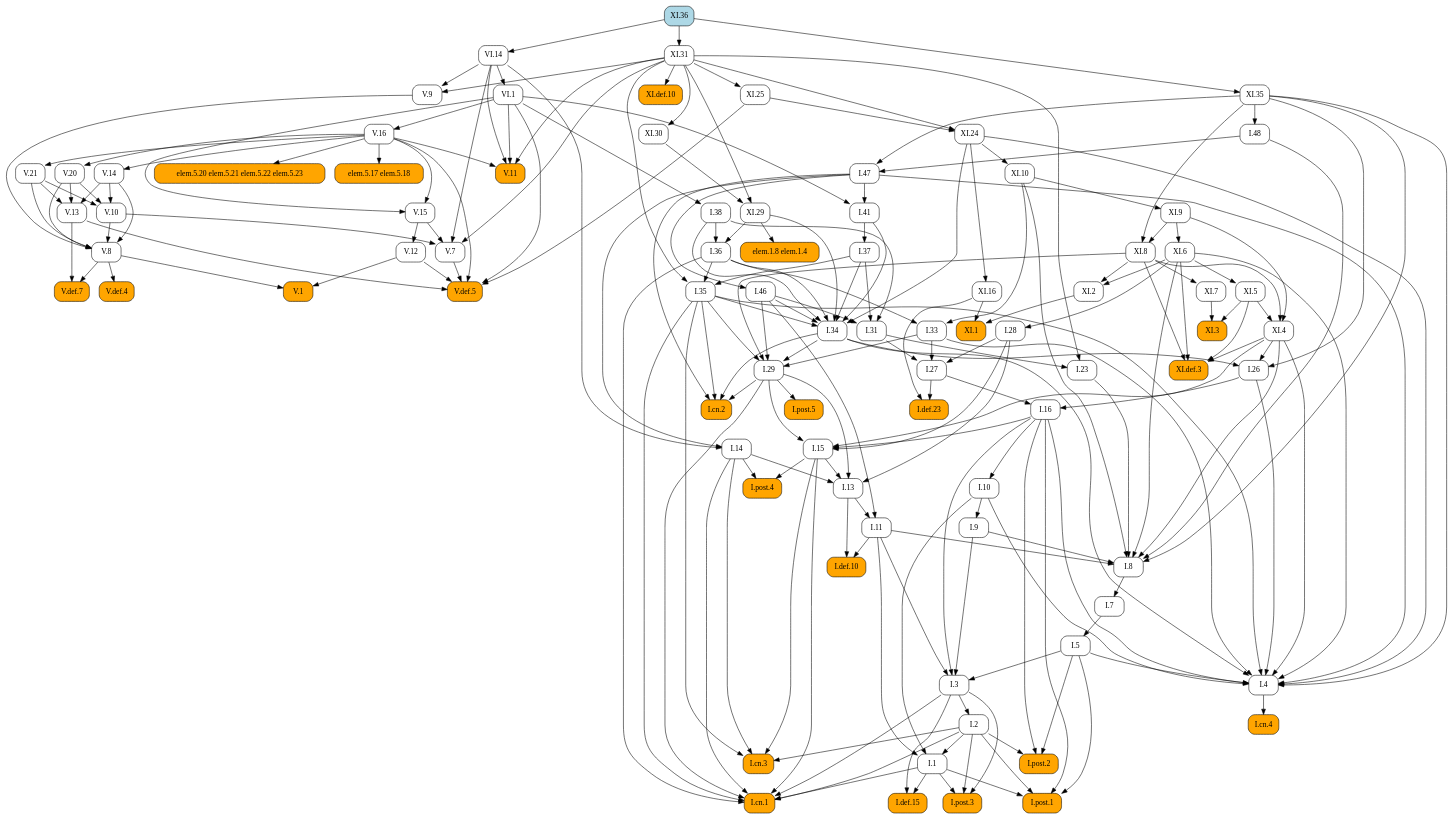
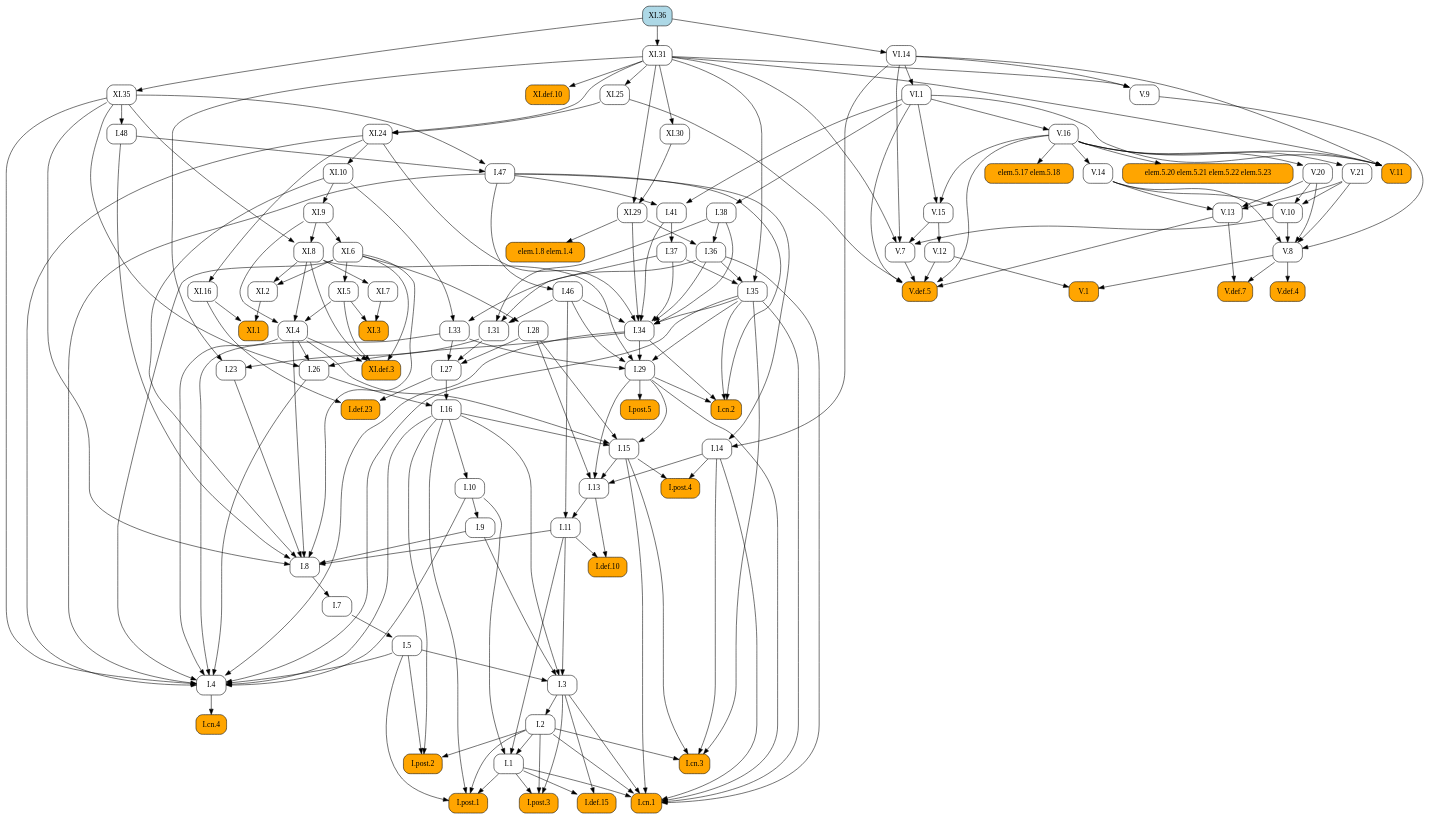
One commit to geometor/elements changed the diagram in docsrc/heath/XI/36/index.rst. Above: the diagram before and after it, drawn with Graphviz. The commit also changed other lines of this file and 1029 other files, not shown here.

```diff
--- a/docsrc/heath/XI/36/index.rst
+++ b/docsrc/heath/XI/36/index.rst
@@ -39,103 +39,146 @@
    digraph {
      rankdir="TB";
      node [shape=box, style=rounded];
+     "I.def.10" [style="rounded,filled", fillcolor=orange, URL="/heath/I/def.10/", target="_top"];
+     "I.11" [URL="/heath/I/11/", target="_top"];
+     "I.post.4" [style="rounded,filled", fillcolor=orange, URL="/heath/I/post.4/", target="_top"];
+     "I.1" [URL="/heath/I/1/", target="_top"];
+     "I.28" [URL="/heath/I/28/", target="_top"];
+     "XI.7" [URL="/heath/XI/7/", target="_top"];
+     "V.def.5" [style="rounded,filled", fillcolor=orange, URL="/heath/V/def.5/", target="_top"];
+     "XI.9" [URL="/heath/XI/9/", target="_top"];
+     "XI.8" [URL="/heath/XI/8/", target="_top"];
+     "V.11" [style="rounded,filled", fillcolor=orange, URL="/heath/V/11/", target="_top"];
+     "V.13" [URL="/heath/V/13/", target="_top"];
+     "I.47" [URL="/heath/I/47/", target="_top"];
+     "I.post.3" [style="rounded,filled", fillcolor=orange, URL="/heath/I/post.3/", target="_top"];
+     "VI.1" [URL="/heath/VI/1/", target="_top"];
+     "XI.1" [style="rounded,filled", fillcolor=orange, URL="/heath/XI/1/", target="_top"];
+     "I.cn.3" [style="rounded,filled", fillcolor=orange, URL="/heath/I/cn.3/", target="_top"];
+     "XI.25" [URL="/heath/XI/25/", target="_top"];
+     "I.14" [URL="/heath/I/14/", target="_top"];
+     "V.16" [URL="/heath/V/16/", target="_top"];
+     "XI.2" [URL="/heath/XI/2/", target="_top"];
+     "XI.16" [URL="/heath/XI/16/", target="_top"];
+     "XI.31" [URL="/heath/XI/31/", target="_top"];
+     "I.36" [URL="/heath/I/36/", target="_top"];
+     "V.8" [URL="/heath/V/8/", target="_top"];
+     "I.41" [URL="/heath/I/41/", target="_top"];
+     "I.37" [URL="/heath/I/37/", target="_top"];
+     "I.34" [URL="/heath/I/34/", target="_top"];
+     "I.27" [URL="/heath/I/27/", target="_top"];
+     "I.2" [URL="/heath/I/2/", target="_top"];
+     "I.def.23" [style="rounded,filled", fillcolor=orange, URL="/heath/I/def.23/", target="_top"];
+     "elem.1.8 elem.1.4" [style="rounded,filled", fillcolor=orange];
+     "I.33" [URL="/heath/I/33/", target="_top"];
+     "XI.35" [URL="/heath/XI/35/", target="_top"];
+     "I.post.2" [style="rounded,filled", fillcolor=orange, URL="/heath/I/post.2/", target="_top"];
+     "I.48" [URL="/heath/I/48/", target="_top"];
+     "elem.5.20 elem.5.21 elem.5.22 elem.5.23" [style="rounded,filled", fillcolor=orange];
+     "I.9" [URL="/heath/I/9/", target="_top"];
+     "V.def.4" [style="rounded,filled", fillcolor=orange, URL="/heath/V/def.4/", target="_top"];
+     "I.cn.4" [style="rounded,filled", fillcolor=orange, URL="/heath/I/cn.4/", target="_top"];
+     "I.15" [URL="/heath/I/15/", target="_top"];
+     "I.38" [URL="/heath/I/38/", target="_top"];
+     "V.def.7" [style="rounded,filled", fillcolor=orange, URL="/heath/V/def.7/", target="_top"];
+     "I.5" [URL="/heath/I/5/", target="_top"];
+     "V.21" [URL="/heath/V/21/", target="_top"];
+     "XI.def.3" [style="rounded,filled", fillcolor=orange, URL="/heath/XI/def.3/", target="_top"];
+     "I.26" [URL="/heath/I/26/", target="_top"];
+     "V.14" [URL="/heath/V/14/", target="_top"];
+     "I.29" [URL="/heath/I/29/", target="_top"];
+     "V.12" [URL="/heath/V/12/", target="_top"];
+     "I.cn.2" [style="rounded,filled", fillcolor=orange, URL="/heath/I/cn.2/", target="_top"];
+     "V.20" [URL="/heath/V/20/", target="_top"];
+     "V.10" [URL="/heath/V/10/", target="_top"];
+     "XI.30" [URL="/heath/XI/30/", target="_top"];
+     "I.def.15" [style="rounded,filled", fillcolor=orange, URL="/heath/I/def.15/", target="_top"];
+     "V.15" [URL="/heath/V/15/", target="_top"];
+     "XI.5" [URL="/heath/XI/5/", target="_top"];
+     "I.cn.1" [style="rounded,filled", fillcolor=orange, URL="/heath/I/cn.1/", target="_top"];
+     "V.7" [URL="/heath/V/7/", target="_top"];
+     "XI.29" [URL="/heath/XI/29/", target="_top"];
+     "V.9" [URL="/heath/V/9/", target="_top"];
+     "I.23" [URL="/heath/I/23/", target="_top"];
+     "I.post.1" [style="rounded,filled", fillcolor=orange, URL="/heath/I/post.1/", target="_top"];
+     "XI.36" [style="rounded,filled", fillcolor=lightblue, URL="/heath/XI/36/", target="_top"];
+     "XI.6" [URL="/heath/XI/6/", target="_top"];
+     "I.35" [URL="/heath/I/35/", target="_top"];
+     "I.46" [URL="/heath/I/46/", target="_top"];
+     "I.7" [URL="/heath/I/7/", target="_top"];
+     "I.3" [URL="/heath/I/3/", target="_top"];
+     "I.4" [URL="/heath/I/4/", target="_top"];
+     "I.13" [URL="/heath/I/13/", target="_top"];
+     "XI.def.10" [style="rounded,filled", fillcolor=orange, URL="/heath/XI/def.10/", target="_top"];
+     "I.31" [URL="/heath/I/31/", target="_top"];
      "V.1" [style="rounded,filled", fillcolor=orange, URL="/heath/V/1/", target="_top"];
-     "I.29" [URL="/heath/I/29/", target="_top"];
-     "I.7" [URL="/heath/I/7/", target="_top"];
-     "I.27" [URL="/heath/I/27/", target="_top"];
-     "I.def.23" [style="rounded,filled", fillcolor=orange, URL="/heath/I/def.23/", target="_top"];
-     "V.20" [URL="/heath/V/20/", target="_top"];
-     "I.34" [URL="/heath/I/34/", target="_top"];
+     "I.16" [URL="/heath/I/16/", target="_top"];
+     "elem.5.17 elem.5.18" [style="rounded,filled", fillcolor=orange];
      "I.8" [URL="/heath/I/8/", target="_top"];
-     "I.9" [URL="/heath/I/9/", target="_top"];
+     "VI.14" [URL="/heath/VI/14/", target="_top"];
      "XI.4" [URL="/heath/XI/4/", target="_top"];
-     "I.post.4" [style="rounded,filled", fillcolor=orange, URL="/heath/I/post.4/", target="_top"];
-     "I.2" [URL="/heath/I/2/", target="_top"];
-     "I.28" [URL="/heath/I/28/", target="_top"];
-     "XI.1" [style="rounded,filled", fillcolor=orange, URL="/heath/XI/1/", target="_top"];
-     "VI.14" [URL="/heath/VI/14/", target="_top"];
-     "I.cn.4" [style="rounded,filled", fillcolor=orange, URL="/heath/I/cn.4/", target="_top"];
-     "XI.31" [URL="/heath/XI/31/", target="_top"];
-     "XI.25" [URL="/heath/XI/25/", target="_top"];
-     "elem.5.20 elem.5.21 elem.5.22 elem.5.23" [style="rounded,filled", fillcolor=orange];
-     "I.23" [URL="/heath/I/23/", target="_top"];
-     "I.13" [URL="/heath/I/13/", target="_top"];
-     "I.5" [URL="/heath/I/5/", target="_top"];
-     "I.11" [URL="/heath/I/11/", target="_top"];
-     "XI.def.10" [style="rounded,filled", fillcolor=orange, URL="/heath/XI/def.10/", target="_top"];
-     "XI.5" [URL="/heath/XI/5/", target="_top"];
-     "I.4" [URL="/heath/I/4/", target="_top"];
-     "I.def.10" [style="rounded,filled", fillcolor=orange, URL="/heath/I/def.10/", target="_top"];
-     "I.46" [URL="/heath/I/46/", target="_top"];
-     "I.post.3" [style="rounded,filled", fillcolor=orange, URL="/heath/I/post.3/", target="_top"];
-     "V.9" [URL="/heath/V/9/", target="_top"];
-     "XI.30" [URL="/heath/XI/30/", target="_top"];
-     "XI.6" [URL="/heath/XI/6/", target="_top"];
-     "elem.5.17 elem.5.18" [style="rounded,filled", fillcolor=orange];
-     "XI.7" [URL="/heath/XI/7/", target="_top"];
-     "I.36" [URL="/heath/I/36/", target="_top"];
-     "V.12" [URL="/heath/V/12/", target="_top"];
-     "I.15" [URL="/heath/I/15/", target="_top"];
-     "XI.2" [URL="/heath/XI/2/", target="_top"];
-     "V.14" [URL="/heath/V/14/", target="_top"];
-     "XI.8" [URL="/heath/XI/8/", target="_top"];
-     "I.41" [URL="/heath/I/41/", target="_top"];
-     "V.def.5" [style="rounded,filled", fillcolor=orange, URL="/heath/V/def.5/", target="_top"];
-     "I.cn.3" [style="rounded,filled", fillcolor=orange, URL="/heath/I/cn.3/", target="_top"];
-     "I.38" [URL="/heath/I/38/", target="_top"];
-     "V.16" [URL="/heath/V/16/", target="_top"];
-     "V.15" [URL="/heath/V/15/", target="_top"];
-     "V.def.4" [style="rounded,filled", fillcolor=orange, URL="/heath/V/def.4/", target="_top"];
-     "V.21" [URL="/heath/V/21/", target="_top"];
-     "XI.36" [style="rounded,filled", fillcolor=lightblue, URL="/heath/XI/36/", target="_top"];
-     "V.8" [URL="/heath/V/8/", target="_top"];
-     "V.7" [URL="/heath/V/7/", target="_top"];
-     "I.def.15" [style="rounded,filled", fillcolor=orange, URL="/heath/I/def.15/", target="_top"];
-     "I.1" [URL="/heath/I/1/", target="_top"];
-     "I.post.1" [style="rounded,filled", fillcolor=orange, URL="/heath/I/post.1/", target="_top"];
-     "V.13" [URL="/heath/V/13/", target="_top"];
-     "XI.35" [URL="/heath/XI/35/", target="_top"];
+     "XI.24" [URL="/heath/XI/24/", target="_top"];
+     "I.post.5" [style="rounded,filled", fillcolor=orange, URL="/heath/I/post.5/", target="_top"];
+     "I.10" [URL="/heath/I/10/", target="_top"];
      "XI.10" [URL="/heath/XI/10/", target="_top"];
-     "I.26" [URL="/heath/I/26/", target="_top"];
-     "I.33" [URL="/heath/I/33/", target="_top"];
-     "I.48" [URL="/heath/I/48/", target="_top"];
-     "V.def.7" [style="rounded,filled", fillcolor=orange, URL="/heath/V/def.7/", target="_top"];
-     "XI.9" [URL="/heath/XI/9/", target="_top"];
-     "I.cn.2" [style="rounded,filled", fillcolor=orange, URL="/heath/I/cn.2/", target="_top"];
-     "V.10" [URL="/heath/V/10/", target="_top"];
-     "I.10" [URL="/heath/I/10/", target="_top"];
-     "I.3" [URL="/heath/I/3/", target="_top"];
-     "I.16" [URL="/heath/I/16/", target="_top"];
-     "I.31" [URL="/heath/I/31/", target="_top"];
-     "V.11" [style="rounded,filled", fillcolor=orange, URL="/heath/V/11/", target="_top"];
-     "XI.def.3" [style="rounded,filled", fillcolor=orange, URL="/heath/XI/def.3/", target="_top"];
-     "XI.29" [URL="/heath/XI/29/", target="_top"];
-     "I.post.2" [style="rounded,filled", fillcolor=orange, URL="/heath/I/post.2/", target="_top"];
-     "I.post.5" [style="rounded,filled", fillcolor=orange, URL="/heath/I/post.5/", target="_top"];
      "XI.3" [style="rounded,filled", fillcolor=orange, URL="/heath/XI/3/", target="_top"];
-     "VI.1" [URL="/heath/VI/1/", target="_top"];
-     "I.14" [URL="/heath/I/14/", target="_top"];
-     "I.35" [URL="/heath/I/35/", target="_top"];
-     "I.47" [URL="/heath/I/47/", target="_top"];
-     "XI.24" [URL="/heath/XI/24/", target="_top"];
-     "I.cn.1" [style="rounded,filled", fillcolor=orange, URL="/heath/I/cn.1/", target="_top"];
-     "elem.1.8 elem.1.4" [style="rounded,filled", fillcolor=orange];
-     "I.37" [URL="/heath/I/37/", target="_top"];
-     "XI.16" [URL="/heath/XI/16/", target="_top"];
-     "V.8" -> "V.1";
-     "V.12" -> "V.1";
-     "I.33" -> "I.29";
-     "I.34" -> "I.29";
-     "I.35" -> "I.29";
-     "I.46" -> "I.29";
-     "XI.8" -> "I.29";
-     "I.8" -> "I.7";
-     "I.28" -> "I.27";
-     "I.31" -> "I.27";
-     "I.33" -> "I.27";
-     "I.27" -> "I.def.23";
-     "XI.16" -> "I.def.23";
-     "V.16" -> "V.20";
+     "I.11" -> "I.def.10";
+     "I.13" -> "I.def.10";
+     "I.13" -> "I.11";
+     "I.46" -> "I.11";
+     "I.14" -> "I.post.4";
+     "I.15" -> "I.post.4";
+     "I.2" -> "I.1";
+     "I.10" -> "I.1";
+     "I.11" -> "I.1";
+     "XI.6" -> "I.28";
+     "XI.8" -> "XI.7";
+     "V.7" -> "V.def.5";
+     "V.12" -> "V.def.5";
+     "V.13" -> "V.def.5";
+     "V.16" -> "V.def.5";
+     "VI.1" -> "V.def.5";
+     "XI.25" -> "V.def.5";
+     "XI.10" -> "XI.9";
+     "XI.9" -> "XI.8";
+     "XI.35" -> "XI.8";
+     "V.16" -> "V.11";
+     "VI.1" -> "V.11";
+     "VI.14" -> "V.11";
+     "XI.31" -> "V.11";
+     "V.14" -> "V.13";
+     "V.20" -> "V.13";
+     "V.21" -> "V.13";
+     "I.48" -> "I.47";
+     "XI.35" -> "I.47";
+     "I.1" -> "I.post.3";
+     "I.2" -> "I.post.3";
+     "I.3" -> "I.post.3";
+     "VI.14" -> "VI.1";
+     "XI.2" -> "XI.1";
+     "XI.16" -> "XI.1";
+     "I.2" -> "I.cn.3";
+     "I.14" -> "I.cn.3";
+     "I.15" -> "I.cn.3";
+     "I.35" -> "I.cn.3";
+     "XI.31" -> "XI.25";
+     "I.47" -> "I.14";
+     "VI.14" -> "I.14";
+     "VI.1" -> "V.16";
+     "XI.6" -> "XI.2";
+     "XI.8" -> "XI.2";
+     "XI.24" -> "XI.16";
+     "XI.36" -> "XI.31";
+     "I.38" -> "I.36";
+     "XI.29" -> "I.36";
+     "V.9" -> "V.8";
+     "V.10" -> "V.8";
+     "V.14" -> "V.8";
+     "V.20" -> "V.8";
+     "V.21" -> "V.8";
+     "I.47" -> "I.41";
+     "VI.1" -> "I.41";
+     "I.41" -> "I.37";
      "I.35" -> "I.34";
      "I.36" -> "I.34";
      "I.37" -> "I.34";
@@ -144,40 +187,93 @@
      "I.46" -> "I.34";
      "XI.24" -> "I.34";
      "XI.29" -> "I.34";
-     "I.9" -> "I.8";
-     "I.11" -> "I.8";
-     "I.23" -> "I.8";
-     "I.48" -> "I.8";
-     "XI.4" -> "I.8";
-     "XI.6" -> "I.8";
-     "XI.10" -> "I.8";
-     "XI.35" -> "I.8";
+     "I.28" -> "I.27";
+     "I.31" -> "I.27";
+     "I.33" -> "I.27";
+     "I.3" -> "I.2";
+     "I.27" -> "I.def.23";
+     "XI.16" -> "I.def.23";
+     "XI.29" -> "elem.1.8 elem.1.4";
+     "I.36" -> "I.33";
+     "XI.10" -> "I.33";
+     "XI.36" -> "XI.35";
+     "I.2" -> "I.post.2";
+     "I.5" -> "I.post.2";
+     "I.16" -> "I.post.2";
+     "XI.35" -> "I.48";
+     "V.16" -> "elem.5.20 elem.5.21 elem.5.22 elem.5.23";
      "I.10" -> "I.9";
-     "XI.5" -> "XI.4";
-     "XI.8" -> "XI.4";
-     "XI.9" -> "XI.4";
-     "I.14" -> "I.post.4";
-     "I.15" -> "I.post.4";
-     "I.3" -> "I.2";
-     "XI.6" -> "I.28";
-     "XI.2" -> "XI.1";
-     "XI.16" -> "XI.1";
-     "XI.36" -> "VI.14";
+     "V.8" -> "V.def.4";
      "I.4" -> "I.cn.4";
-     "XI.36" -> "XI.31";
-     "XI.31" -> "XI.25";
-     "V.16" -> "elem.5.20 elem.5.21 elem.5.22 elem.5.23";
+     "I.16" -> "I.15";
+     "I.28" -> "I.15";
+     "I.29" -> "I.15";
+     "XI.4" -> "I.15";
+     "VI.1" -> "I.38";
+     "V.8" -> "V.def.7";
+     "V.13" -> "V.def.7";
+     "I.7" -> "I.5";
+     "V.16" -> "V.21";
+     "XI.4" -> "XI.def.3";
+     "XI.5" -> "XI.def.3";
+     "XI.6" -> "XI.def.3";
+     "XI.8" -> "XI.def.3";
+     "I.34" -> "I.26";
+     "XI.4" -> "I.26";
+     "XI.35" -> "I.26";
+     "V.16" -> "V.14";
+     "I.33" -> "I.29";
+     "I.34" -> "I.29";
+     "I.35" -> "I.29";
+     "I.46" -> "I.29";
+     "XI.8" -> "I.29";
+     "V.15" -> "V.12";
+     "I.29" -> "I.cn.2";
+     "I.34" -> "I.cn.2";
+     "I.35" -> "I.cn.2";
+     "I.47" -> "I.cn.2";
+     "V.16" -> "V.20";
+     "V.14" -> "V.10";
+     "V.20" -> "V.10";
+     "V.21" -> "V.10";
+     "XI.31" -> "XI.30";
+     "I.1" -> "I.def.15";
+     "I.3" -> "I.def.15";
+     "V.16" -> "V.15";
+     "VI.1" -> "V.15";
+     "XI.6" -> "XI.5";
+     "I.1" -> "I.cn.1";
+     "I.2" -> "I.cn.1";
+     "I.3" -> "I.cn.1";
+     "I.14" -> "I.cn.1";
+     "I.15" -> "I.cn.1";
+     "I.29" -> "I.cn.1";
+     "I.35" -> "I.cn.1";
+     "I.36" -> "I.cn.1";
+     "V.10" -> "V.7";
+     "V.15" -> "V.7";
+     "VI.14" -> "V.7";
+     "XI.31" -> "V.7";
+     "XI.30" -> "XI.29";
+     "XI.31" -> "XI.29";
+     "VI.14" -> "V.9";
+     "XI.31" -> "V.9";
      "I.31" -> "I.23";
      "XI.31" -> "I.23";
-     "I.14" -> "I.13";
-     "I.15" -> "I.13";
-     "I.28" -> "I.13";
-     "I.29" -> "I.13";
-     "I.7" -> "I.5";
-     "I.13" -> "I.11";
-     "I.46" -> "I.11";
-     "XI.31" -> "XI.def.10";
-     "XI.6" -> "XI.5";
+     "I.1" -> "I.post.1";
+     "I.2" -> "I.post.1";
+     "I.5" -> "I.post.1";
+     "I.16" -> "I.post.1";
+     "XI.9" -> "XI.6";
+     "I.36" -> "I.35";
+     "I.37" -> "I.35";
+     "XI.31" -> "I.35";
+     "I.47" -> "I.46";
+     "I.8" -> "I.7";
+     "I.5" -> "I.3";
+     "I.9" -> "I.3";
+     "I.11" -> "I.3";
+     "I.16" -> "I.3";
      "I.5" -> "I.4";
      "I.10" -> "I.4";
      "I.16" -> "I.4";
@@ -190,132 +286,36 @@
      "XI.6" -> "I.4";
      "XI.24" -> "I.4";
      "XI.35" -> "I.4";
-     "I.11" -> "I.def.10";
-     "I.13" -> "I.def.10";
-     "I.47" -> "I.46";
-     "I.1" -> "I.post.3";
-     "I.2" -> "I.post.3";
-     "I.3" -> "I.post.3";
-     "VI.14" -> "V.9";
-     "XI.31" -> "V.9";
-     "XI.31" -> "XI.30";
-     "XI.9" -> "XI.6";
-     "V.16" -> "elem.5.17 elem.5.18";
-     "XI.8" -> "XI.7";
-     "I.38" -> "I.36";
-     "XI.29" -> "I.36";
-     "V.15" -> "V.12";
-     "I.16" -> "I.15";
-     "I.28" -> "I.15";
-     "I.29" -> "I.15";
-     "XI.4" -> "I.15";
-     "XI.6" -> "XI.2";
-     "XI.8" -> "XI.2";
-     "V.16" -> "V.14";
-     "XI.9" -> "XI.8";
-     "XI.35" -> "XI.8";
-     "I.47" -> "I.41";
-     "VI.1" -> "I.41";
-     "V.7" -> "V.def.5";
-     "V.12" -> "V.def.5";
-     "V.13" -> "V.def.5";
-     "V.16" -> "V.def.5";
-     "VI.1" -> "V.def.5";
-     "XI.25" -> "V.def.5";
-     "I.2" -> "I.cn.3";
-     "I.14" -> "I.cn.3";
-     "I.15" -> "I.cn.3";
-     "I.35" -> "I.cn.3";
-     "VI.1" -> "I.38";
-     "VI.1" -> "V.16";
-     "V.16" -> "V.15";
-     "VI.1" -> "V.15";
-     "V.8" -> "V.def.4";
-     "V.16" -> "V.21";
-     "V.9" -> "V.8";
-     "V.10" -> "V.8";
-     "V.14" -> "V.8";
-     "V.20" -> "V.8";
-     "V.21" -> "V.8";
-     "V.10" -> "V.7";
-     "V.15" -> "V.7";
-     "VI.14" -> "V.7";
-     "XI.31" -> "V.7";
-     "I.1" -> "I.def.15";
-     "I.3" -> "I.def.15";
-     "I.2" -> "I.1";
-     "I.10" -> "I.1";
-     "I.11" -> "I.1";
-     "I.1" -> "I.post.1";
-     "I.2" -> "I.post.1";
-     "I.5" -> "I.post.1";
-     "I.16" -> "I.post.1";
-     "V.14" -> "V.13";
-     "V.20" -> "V.13";
-     "V.21" -> "V.13";
-     "XI.36" -> "XI.35";
-     "XI.24" -> "XI.10";
-     "I.34" -> "I.26";
-     "XI.4" -> "I.26";
-     "XI.35" -> "I.26";
-     "I.36" -> "I.33";
-     "XI.10" -> "I.33";
-     "XI.35" -> "I.48";
-     "V.8" -> "V.def.7";
-     "V.13" -> "V.def.7";
-     "XI.10" -> "XI.9";
-     "I.29" -> "I.cn.2";
-     "I.34" -> "I.cn.2";
-     "I.35" -> "I.cn.2";
-     "I.47" -> "I.cn.2";
-     "V.14" -> "V.10";
-     "V.20" -> "V.10";
-     "V.21" -> "V.10";
-     "I.16" -> "I.10";
-     "I.5" -> "I.3";
-     "I.9" -> "I.3";
-     "I.11" -> "I.3";
-     "I.16" -> "I.3";
-     "I.26" -> "I.16";
-     "I.27" -> "I.16";
+     "I.14" -> "I.13";
+     "I.15" -> "I.13";
+     "I.28" -> "I.13";
+     "I.29" -> "I.13";
+     "XI.31" -> "XI.def.10";
      "I.37" -> "I.31";
      "I.38" -> "I.31";
      "I.46" -> "I.31";
-     "V.16" -> "V.11";
-     "VI.1" -> "V.11";
-     "VI.14" -> "V.11";
-     "XI.31" -> "V.11";
-     "XI.4" -> "XI.def.3";
-     "XI.5" -> "XI.def.3";
-     "XI.6" -> "XI.def.3";
-     "XI.8" -> "XI.def.3";
-     "XI.30" -> "XI.29";
-     "XI.31" -> "XI.29";
-     "I.2" -> "I.post.2";
-     "I.5" -> "I.post.2";
-     "I.16" -> "I.post.2";
+     "V.8" -> "V.1";
+     "V.12" -> "V.1";
+     "I.26" -> "I.16";
+     "I.27" -> "I.16";
+     "V.16" -> "elem.5.17 elem.5.18";
+     "I.9" -> "I.8";
+     "I.11" -> "I.8";
+     "I.23" -> "I.8";
+     "I.48" -> "I.8";
+     "XI.4" -> "I.8";
+     "XI.6" -> "I.8";
+     "XI.10" -> "I.8";
+     "XI.35" -> "I.8";
+     "XI.36" -> "VI.14";
+     "XI.5" -> "XI.4";
+     "XI.8" -> "XI.4";
+     "XI.9" -> "XI.4";
+     "XI.25" -> "XI.24";
+     "XI.31" -> "XI.24";
      "I.29" -> "I.post.5";
+     "I.16" -> "I.10";
+     "XI.24" -> "XI.10";
      "XI.5" -> "XI.3";
      "XI.7" -> "XI.3";
-     "VI.14" -> "VI.1";
-     "I.47" -> "I.14";
-     "VI.14" -> "I.14";
-     "I.36" -> "I.35";
-     "I.37" -> "I.35";
-     "XI.31" -> "I.35";
-     "I.48" -> "I.47";
-     "XI.35" -> "I.47";
-     "XI.25" -> "XI.24";
-     "XI.31" -> "XI.24";
-     "I.1" -> "I.cn.1";
-     "I.2" -> "I.cn.1";
-     "I.3" -> "I.cn.1";
-     "I.14" -> "I.cn.1";
-     "I.15" -> "I.cn.1";
-     "I.29" -> "I.cn.1";
-     "I.35" -> "I.cn.1";
-     "I.36" -> "I.cn.1";
-     "XI.29" -> "elem.1.8 elem.1.4";
-     "I.41" -> "I.37";
-     "XI.24" -> "XI.16";
    }
```
